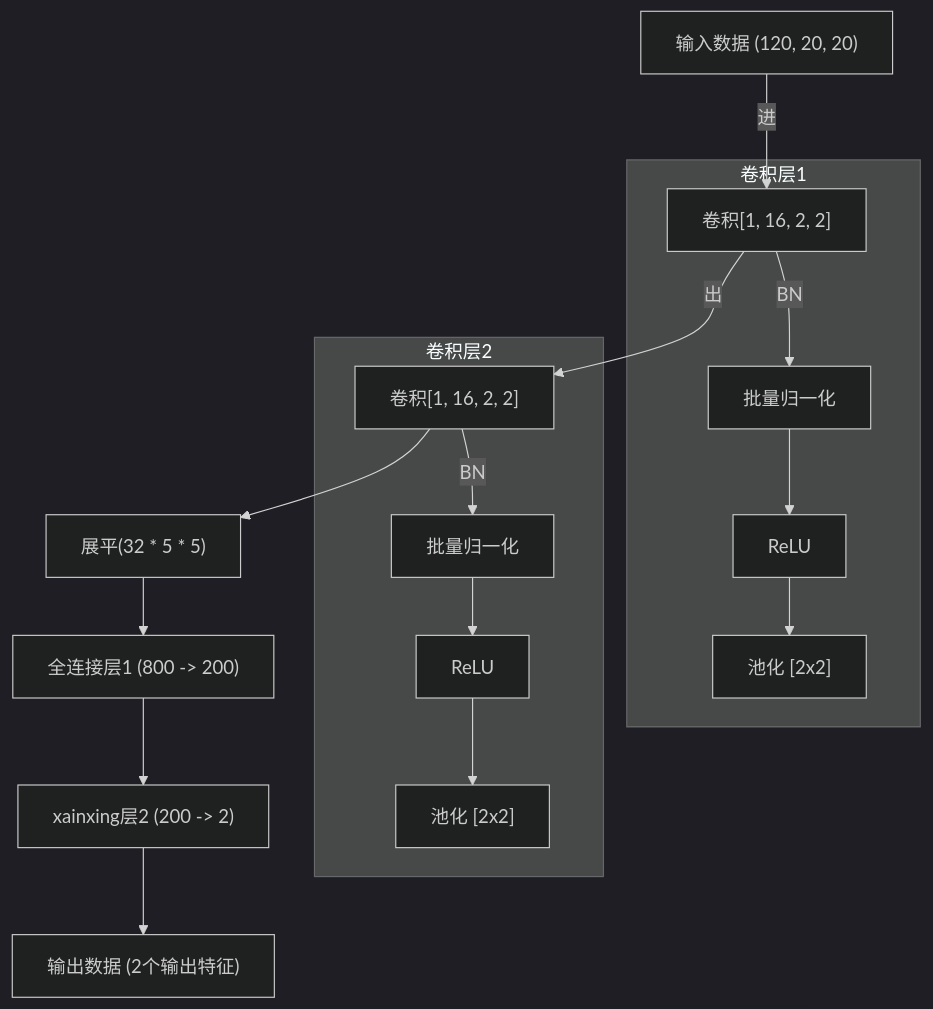
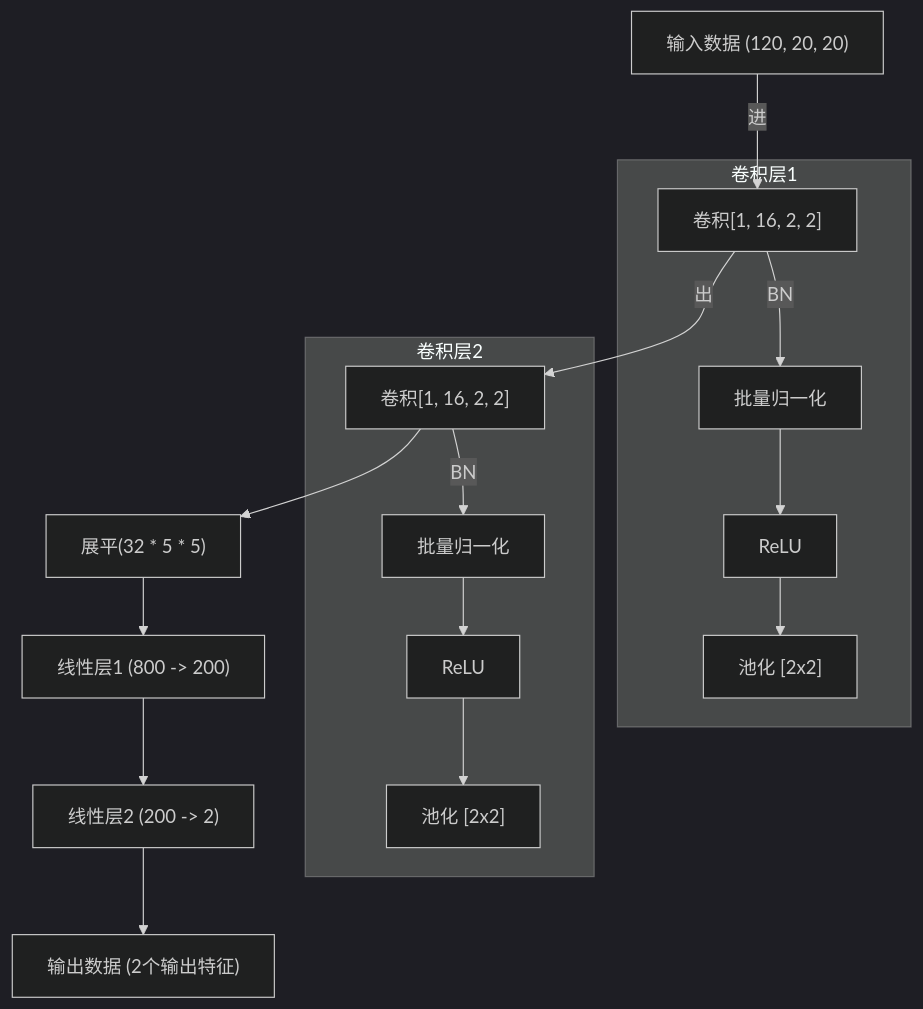
One commit to xbduong/iodraw-files changed the diagram in all/注意力.md. Above: the diagram before and after it, drawn with Mermaid (dark theme).

Commit message:
2024-05-23 22:22:41 update

````diff
--- a/all/注意力.md
+++ b/all/注意力.md
@@ -1,23 +1,23 @@
 ```mermaid
 flowchart TD
     A["输入数据 (120, 20, 20)"]
     A -->|进| B["卷积层1 [1, 16, 2, 2]"]
     B -->|出| C{"卷积层2 [16, 32, 2, 2] -> 展平"}
     C -->C4["展平(32 * 5 * 5)"]
-    C4["展平(32 * 5 * 5)"] --> D["全连接层1 (800 -> 200)"]
-    D --> E["xainxing层2 (200 -> 2)"]
+    C4["展平(32 * 5 * 5)"] --> D["线性层1 (800 -> 200)"]
+    D --> E["线性层2 (200 -> 2)"]
     E --> F["输出数据 (2个输出特征)"]
 
     subgraph "卷积层1"
     B["卷积[1, 16, 2, 2]"] -->|BN| B1["批量归一化"]
     B1 --> B2["ReLU"]
     B2 --> B3["池化 [2x2]"]
     end
 
     subgraph "卷积层2"
     C["卷积[1, 16, 2, 2]"] -->|BN| C1["批量归一化"]
     C1 --> C2["ReLU"]
     C2 --> C3["池化 [2x2]"]
     end
   
 ```
````
